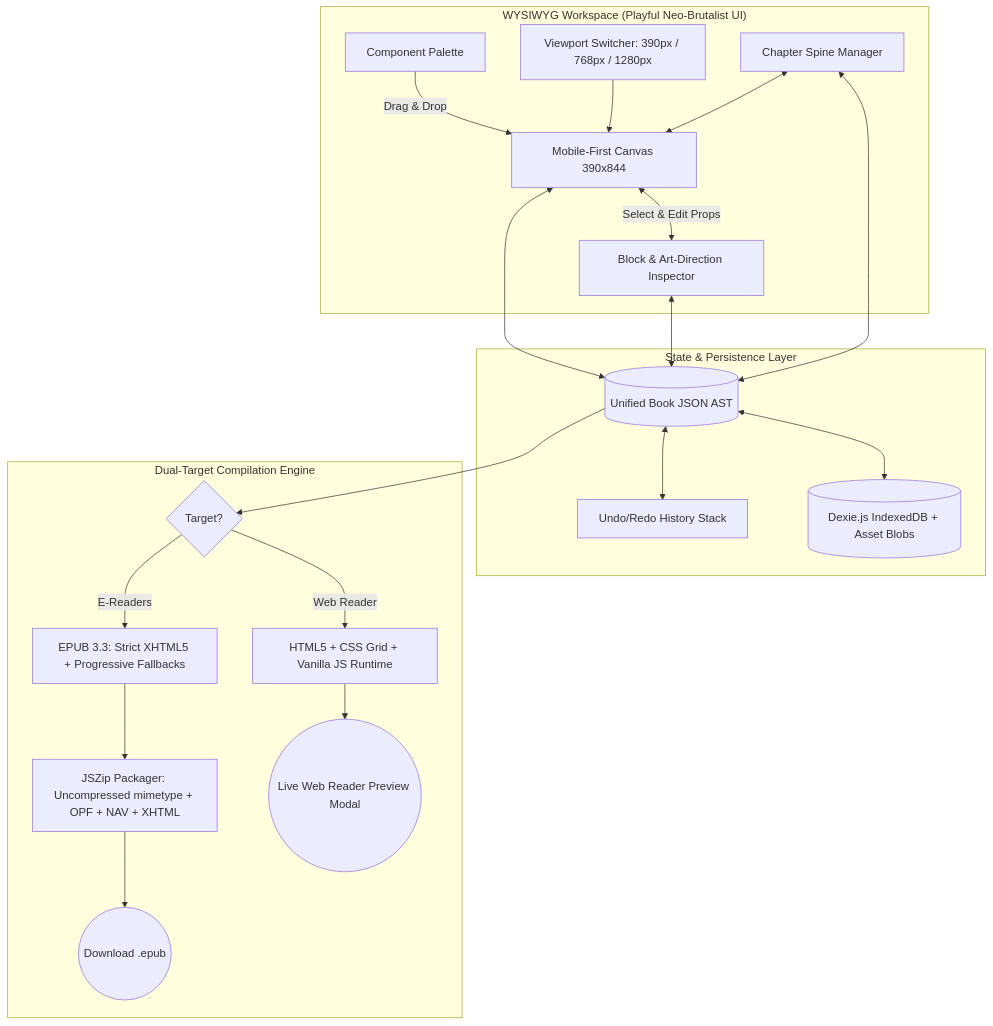
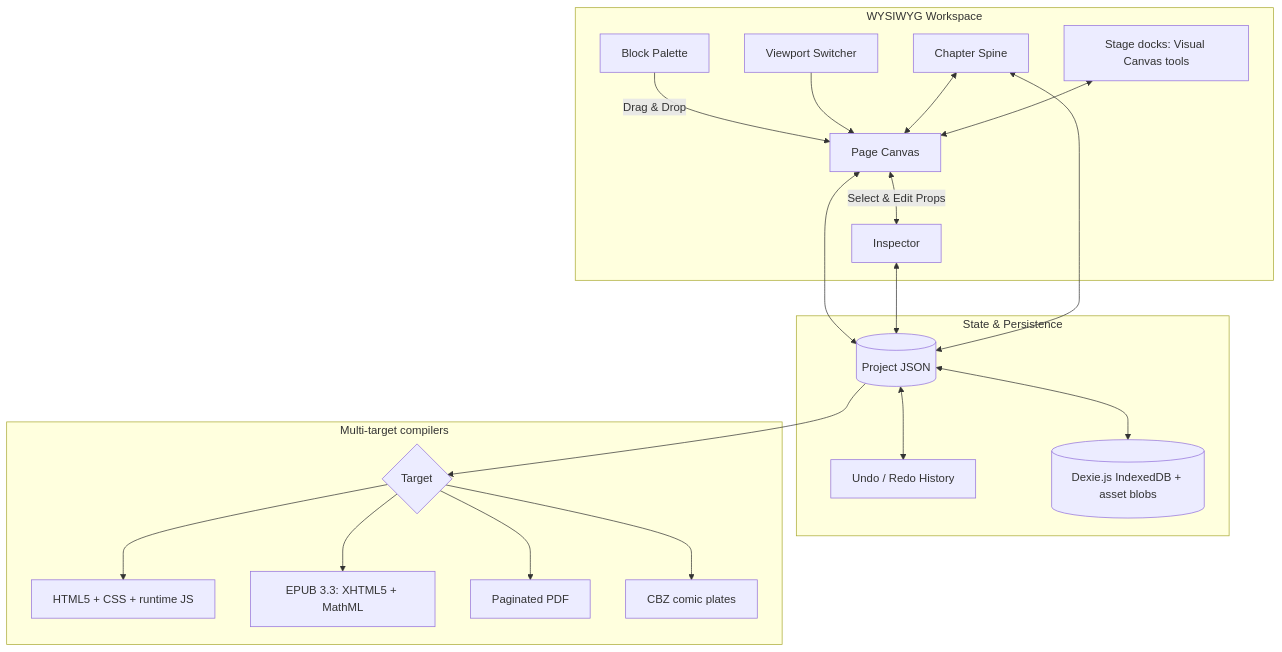
Before and after one commit to cmosqueda/wyzard: the diagram in README.md, drawn with Mermaid. The commit also changed other lines of this file and 13 other files, not shown here.

````diff
--- a/README.md
+++ b/README.md
@@ -38,26 +133,26 @@
 ```mermaid
 flowchart TD
-    subgraph EditorUI ["WYSIWYG Workspace (Playful Neo-Brutalist UI)"]
-        A[Component Palette] -->|Drag & Drop| B[Mobile-First Canvas 390x844]
-        C[Viewport Switcher: 390px / 768px / 1280px] --> B
-        B <-->|Select & Edit Props| D[Block & Art-Direction Inspector]
-        E[Chapter Spine Manager] <--> B
+    subgraph EditorUI ["WYSIWYG Workspace"]
+        A[Block Palette] -->|Drag & Drop| B[Page Canvas]
+        C[Viewport Switcher] --> B
+        B <-->|Select & Edit Props| D[Inspector]
+        E[Chapter Spine] <--> B
+        S[Stage docks: Visual Canvas tools] <--> B
     end
 
-    subgraph CoreState ["State & Persistence Layer"]
-        B <--> F[(Unified Book JSON AST)]
+    subgraph CoreState ["State & Persistence"]
+        B <--> F[(Project JSON)]
         D <--> F
         E <--> F
-        F <--> G[Undo/Redo History Stack]
-        F <--> H[(Dexie.js IndexedDB + Asset Blobs)]
+        F <--> G[Undo / Redo History]
+        F <--> H[(Dexie.js IndexedDB + asset blobs)]
     end
 
-    subgraph Compilers ["Dual-Target Compilation Engine"]
-        F --> I{Target?}
-        I -->|Web Reader| J[HTML5 + CSS Grid + Vanilla JS Runtime]
-        I -->|E-Readers| K[EPUB 3.3: Strict XHTML5 + Progressive Fallbacks]
-        K --> L[JSZip Packager: Uncompressed mimetype + OPF + NAV + XHTML]
-        L --> M((Download .epub))
-        J --> N((Live Web Reader Preview Modal))
+    subgraph Compilers ["Multi-target compilers"]
+        F --> I{Target}
+        I --> J[HTML5 + CSS + runtime JS]
+        I --> K[EPUB 3.3: XHTML5 + MathML]
+        I --> P[Paginated PDF]
+        I --> Q[CBZ comic plates]
     end
 ```
````
